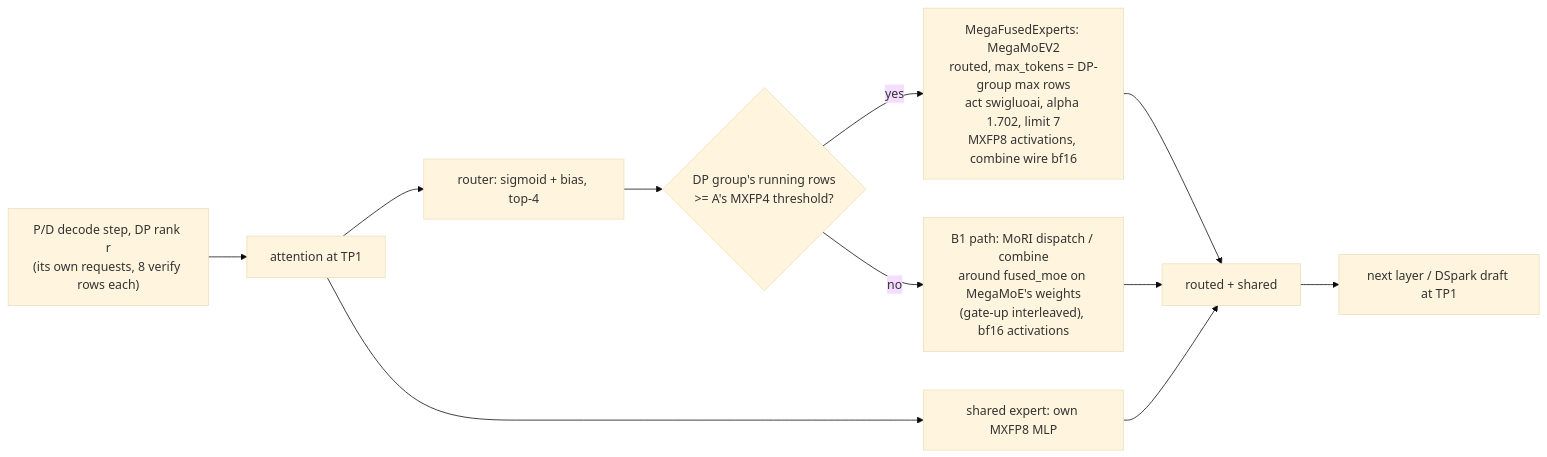
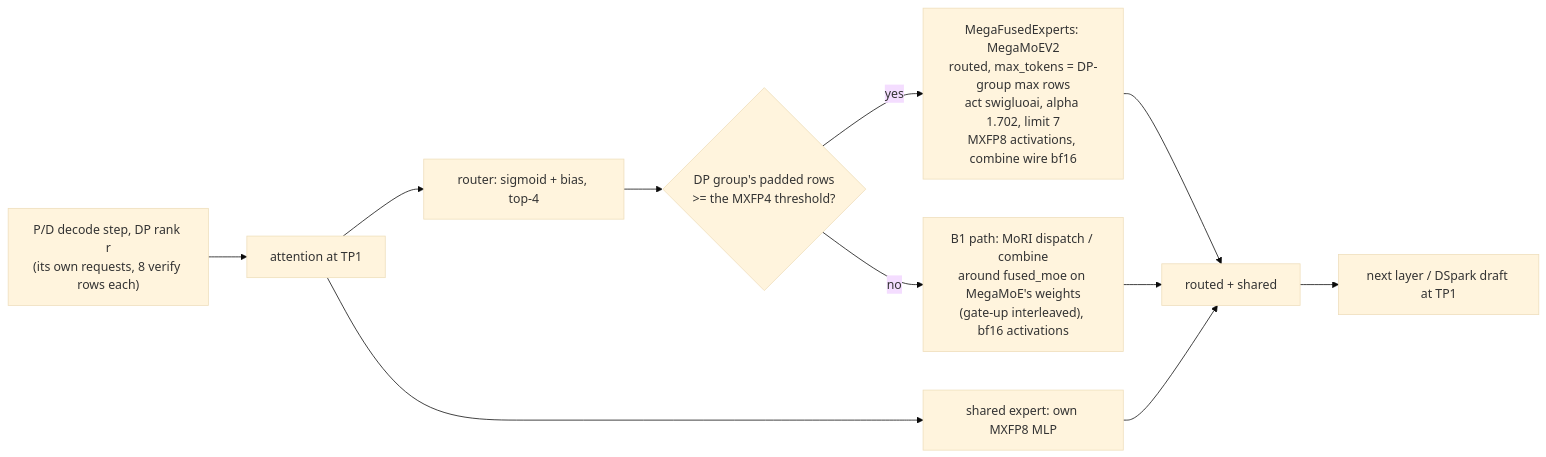
The second of 3 diagrams in docs/m31_decode_megamoe_design.md (MengqingCao/ATOM), drawn with Mermaid (base theme) before and after one commit. The commit also changed other lines of this file, not shown here.

Commit message:
Design doc: B2's MegaMoE choice uses the DP-padded group rows, not A's count

````diff
--- a/docs/m31_decode_megamoe_design.md
+++ b/docs/m31_decode_megamoe_design.md
@@ -38,13 +38,13 @@
 ```mermaid
 flowchart LR
   req["P/D decode step, DP rank r<br/>(its own requests, 8 verify rows each)"] --> attn["attention at TP1"]
   attn --> gate["router: sigmoid + bias, top-4"]
-  gate --> pick{"DP group's running rows<br/>>= A's MXFP4 threshold?"}
+  gate --> pick{"DP group's padded rows<br/>>= the MXFP4 threshold?"}
   pick -->|yes| mega["MegaFusedExperts: MegaMoEV2<br/>routed, max_tokens = DP-group max rows<br/>act swigluoai, alpha 1.702, limit 7<br/>MXFP8 activations, combine wire bf16"]
   pick -->|no| mori["B1 path: MoRI dispatch / combine<br/>around fused_moe on MegaMoE's weights<br/>(gate-up interleaved), bf16 activations"]
   attn --> shared["shared expert: own MXFP8 MLP"]
   mega --> sum["routed + shared"]
   mori --> sum
   shared --> sum
   sum --> next["next layer / DSpark draft at TP1"]
 ```
````
